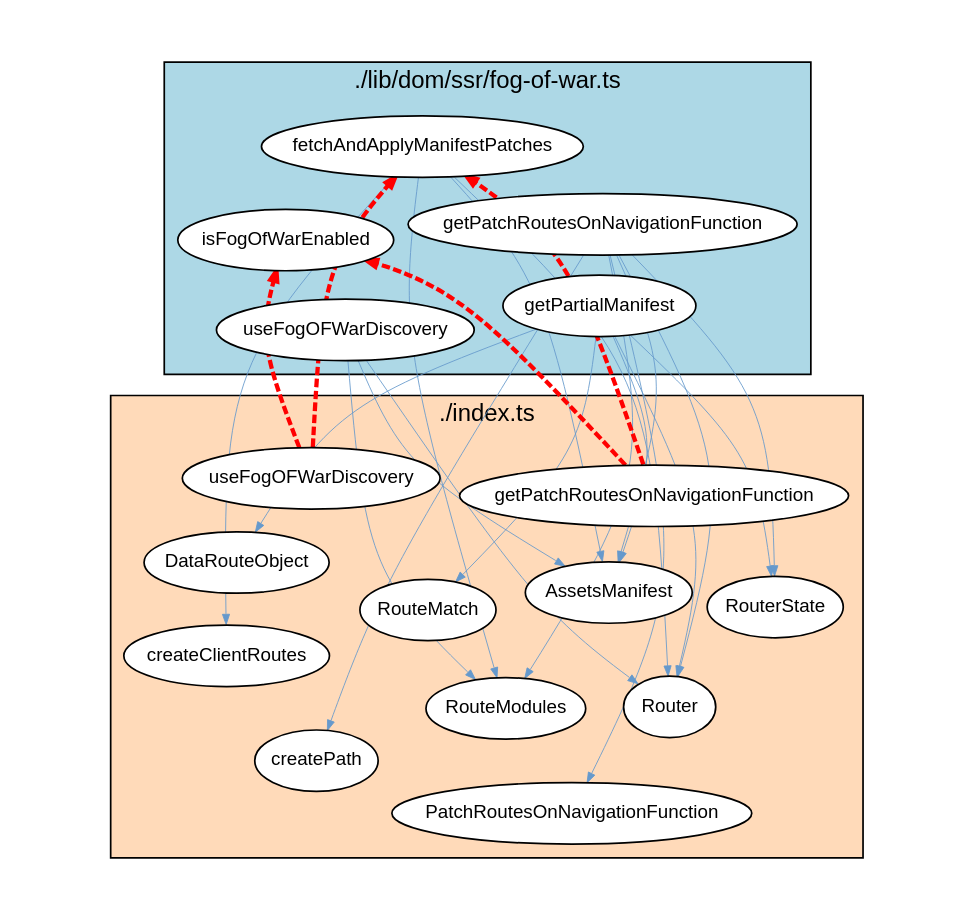
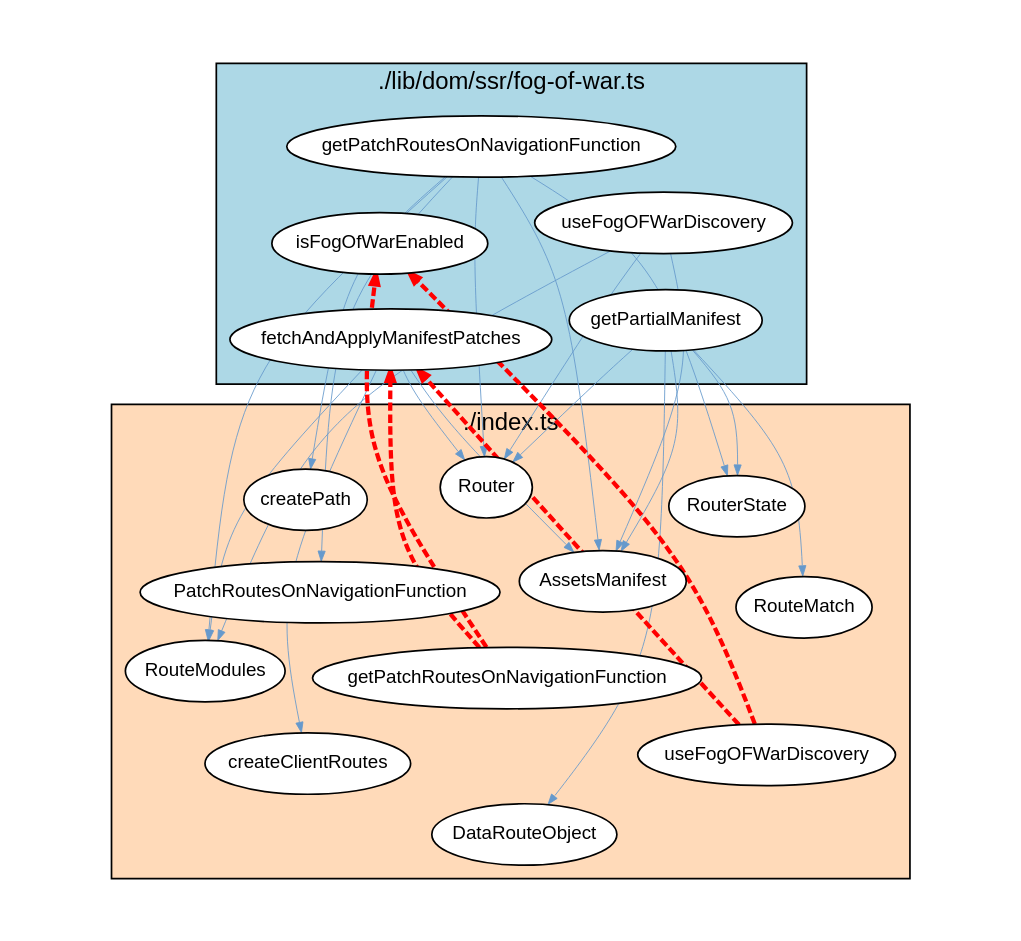
One commit to JohT/code-graph-analysis-examples changed the diagram in analysis-results/react-router/react-router-7.18.3/cyclic-dependencies/Typescript_Module/Graph_Visualizations/graphviz/TypescriptModuleCyclicDependencies5.gv. Above: the diagram before and after it, drawn with Graphviz. The commit also changed other lines of this file and 333 other files, not shown here.

```diff
--- a/analysis-results/react-router/react-router-7.18.3/cyclic-dependencies/Typescript_Module/Graph_Visualizations/graphviz/TypescriptModuleCyclicDependencies5.gv
+++ b/analysis-results/react-router/react-router-7.18.3/cyclic-dependencies/Typescript_Module/Graph_Visualizations/graphviz/TypescriptModuleCyclicDependencies5.gv
@@ -1,58 +1,58 @@
 strict digraph cycle {
     graph [layout = "fdp"; start = "7"; splines = "curved"; pad = "0.8,0.4"; outputorder = "edgesfirst";];
     graph [fontname = "Helvetica,Arial,sans-serif"; labelloc = "t";];
     node [fontname = "Helvetica,Arial,sans-serif"; style = "filled"; fillcolor = "white";];
     node [fontsize = 11; margin = "0.05,0.05";];
     edge [fontsize = 9; arrowsize = "0.6";];
 
     subgraph cluster_package {
         label="./lib/dom/ssr/fog-of-war.ts";
         style="filled";
         fillcolor="lightblue";
         "fetchAndApplyManifestPatches";
         "getPartialManifest";
         "useFogOFWarDiscovery_pkg" [label="useFogOFWarDiscovery"];
         "getPatchRoutesOnNavigationFunction_pkg" [label="getPatchRoutesOnNavigationFunction"];
         "isFogOfWarEnabled";
     }
 
     subgraph cluster_dependent {
         label="./index.ts";
         style="filled";
         fillcolor="peachpuff";
         "AssetsManifest";
         "RouterState";
         "PatchRoutesOnNavigationFunction";
         "DataRouteObject";
         "useFogOFWarDiscovery_dep" [label="useFogOFWarDiscovery"];
         "getPatchRoutesOnNavigationFunction_dep" [label="getPatchRoutesOnNavigationFunction"];
         "RouteModules";
         "Router";
         "RouteMatch";
         "createPath";
         "createClientRoutes";
     }
 
     "fetchAndApplyManifestPatches" -> "Router" [color="#6699CC"; penwidth="0.5"];
     "getPatchRoutesOnNavigationFunction_pkg" -> "Router" [color="#6699CC"; penwidth="0.5"];
     "fetchAndApplyManifestPatches" -> "AssetsManifest" [color="#6699CC"; penwidth="0.5"];
     "getPatchRoutesOnNavigationFunction_pkg" -> "AssetsManifest" [color="#6699CC"; penwidth="0.5"];
     "getPatchRoutesOnNavigationFunction_pkg" -> "RouteModules" [color="#6699CC"; penwidth="0.5"];
     "fetchAndApplyManifestPatches" -> "RouteModules" [color="#6699CC"; penwidth="0.5"];
     "fetchAndApplyManifestPatches" -> "createClientRoutes" [color="#6699CC"; penwidth="0.5"];
     "getPartialManifest" -> "Router" [color="#6699CC"; penwidth="0.5"];
     "getPatchRoutesOnNavigationFunction_pkg" -> "createPath" [color="#6699CC"; penwidth="0.5"];
     "getPartialManifest" -> "AssetsManifest" [color="#6699CC"; penwidth="0.5"];
     "useFogOFWarDiscovery_pkg" -> "RouteModules" [color="#6699CC"; penwidth="0.5"];
+    "getPatchRoutesOnNavigationFunction_pkg" -> "RouterState" [color="#6699CC"; penwidth="0.5"];
     "getPartialManifest" -> "RouterState" [color="#6699CC"; penwidth="0.5"];
-    "getPatchRoutesOnNavigationFunction_pkg" -> "RouterState" [color="#6699CC"; penwidth="0.5"];
     "getPatchRoutesOnNavigationFunction_pkg" -> "PatchRoutesOnNavigationFunction" [color="#6699CC"; penwidth="0.5"];
     "getPartialManifest" -> "RouteMatch" [color="#6699CC"; penwidth="0.5"];
     "useFogOFWarDiscovery_pkg" -> "AssetsManifest" [color="#6699CC"; penwidth="0.5"];
     "useFogOFWarDiscovery_pkg" -> "Router" [color="#6699CC"; penwidth="0.5"];
     "getPartialManifest" -> "DataRouteObject" [color="#6699CC"; penwidth="0.5"];
     "getPatchRoutesOnNavigationFunction_dep" -> "isFogOfWarEnabled" [color="red"; penwidth="2.5"; style="dashed";];
     "useFogOFWarDiscovery_dep" -> "fetchAndApplyManifestPatches" [color="red"; penwidth="2.5"; style="dashed";];
     "useFogOFWarDiscovery_dep" -> "isFogOfWarEnabled" [color="red"; penwidth="2.5"; style="dashed";];
     "getPatchRoutesOnNavigationFunction_dep" -> "fetchAndApplyManifestPatches" [color="red"; penwidth="2.5"; style="dashed";];
 }
```
